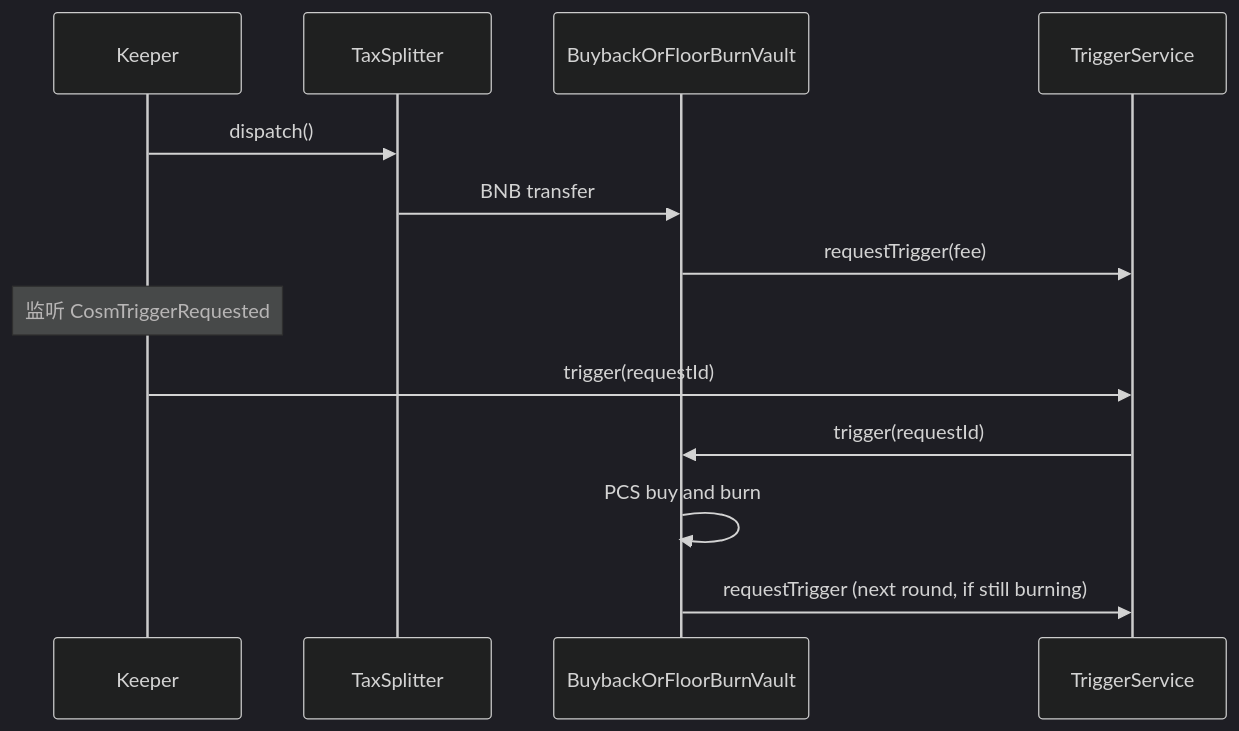
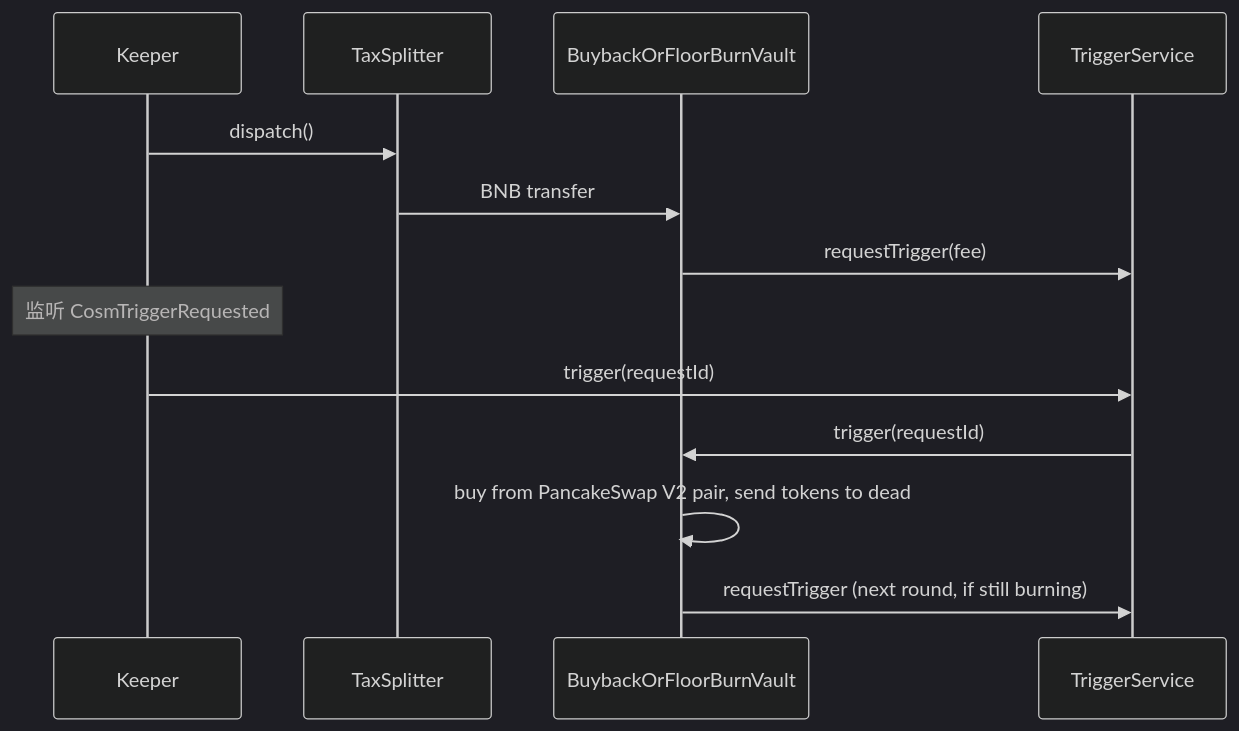
Before and after one commit to ExileHaley/funs: the second of 2 diagrams in cosm/keeper.md, drawn with Mermaid (dark theme). The commit also changed other lines of this file, not shown here.

````diff
--- a/cosm/keeper.md
+++ b/cosm/keeper.md
@@ -434,16 +437,16 @@
 ```mermaid
 sequenceDiagram
     participant K as Keeper
     participant TS as TaxSplitter
     participant V as BuybackOrFloorBurnVault
     participant TR as TriggerService
 
     K->>TS: dispatch()
     TS->>V: BNB transfer
     V->>TR: requestTrigger(fee)
     Note over K: 监听 CosmTriggerRequested
     K->>TR: trigger(requestId)
     TR->>V: trigger(requestId)
-    V->>V: PCS buy and burn
+    V->>V: buy from PancakeSwap V2 pair, send tokens to dead
     V->>TR: requestTrigger (next round, if still burning)
 ```
````
